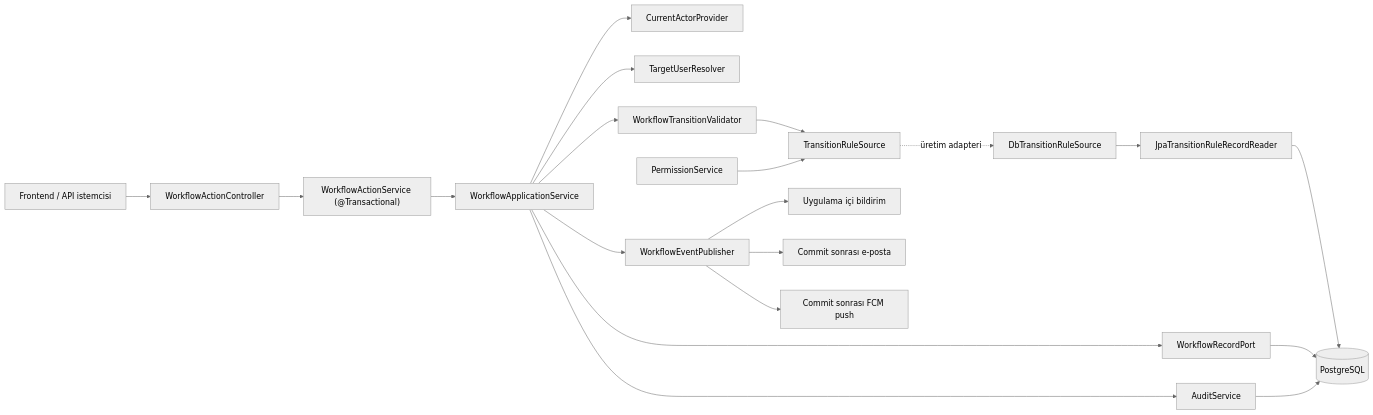
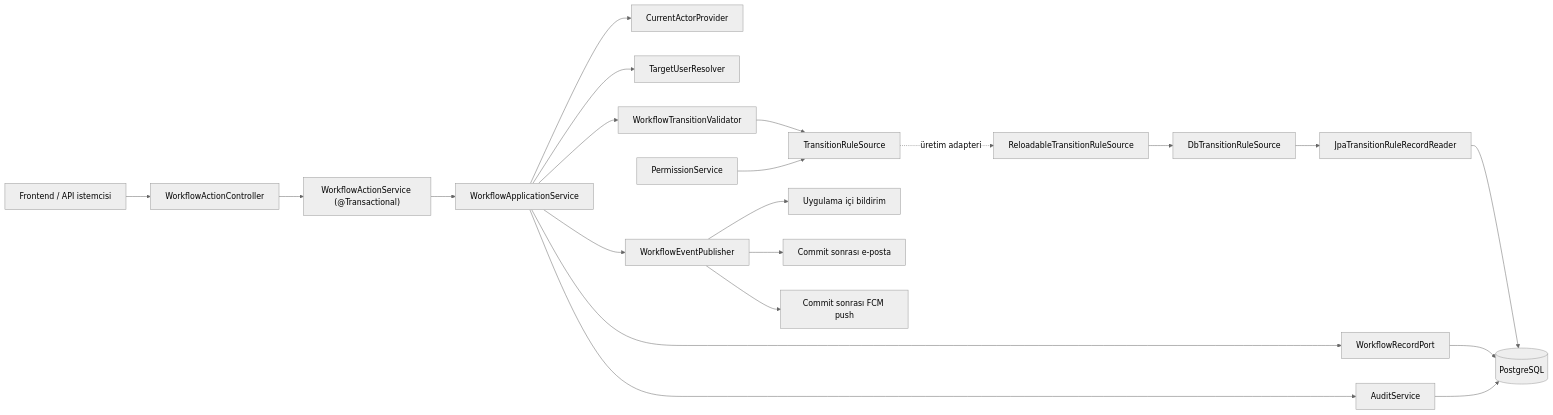
The first of 3 diagrams in docs/workflow.md (btkstajyer26/WorkFlowProject), drawn with Mermaid (neutral theme) before and after one commit. The commit also changed other lines of this file and 16 other files, not shown here.

````diff
--- a/docs/workflow.md
+++ b/docs/workflow.md
@@ -53,22 +61,23 @@
 ```mermaid
 flowchart LR
     CLIENT["Frontend / API istemcisi"] --> CONTROLLER["WorkflowActionController"]
     CONTROLLER --> TX["WorkflowActionService (@Transactional)"]
     TX --> APP["WorkflowApplicationService"]
     APP --> ACTOR["CurrentActorProvider"]
     APP --> RECORD["WorkflowRecordPort"]
     APP --> TARGET["TargetUserResolver"]
     APP --> VALIDATOR["WorkflowTransitionValidator"]
     VALIDATOR --> SOURCE["TransitionRuleSource"]
     PERMISSION["PermissionService"] --> SOURCE
-    SOURCE -. "üretim adapteri" .-> SNAPSHOT["DbTransitionRuleSource"]
+    SOURCE -. "üretim adapteri" .-> RELOAD["ReloadableTransitionRuleSource"]
+    RELOAD --> SNAPSHOT["DbTransitionRuleSource"]
     SNAPSHOT --> READER["JpaTransitionRuleRecordReader"]
     READER --> DB[(PostgreSQL)]
     APP --> AUDIT["AuditService"]
     APP --> EVENT["WorkflowEventPublisher"]
     RECORD --> DB[(PostgreSQL)]
     AUDIT --> DB
     EVENT --> INAPP["Uygulama içi bildirim"]
     EVENT --> MAIL["Commit sonrası e-posta"]
     EVENT --> PUSH["Commit sonrası FCM push"]
 ```
````
